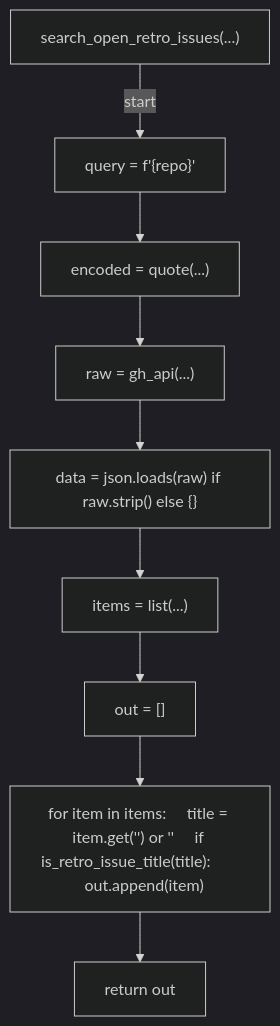
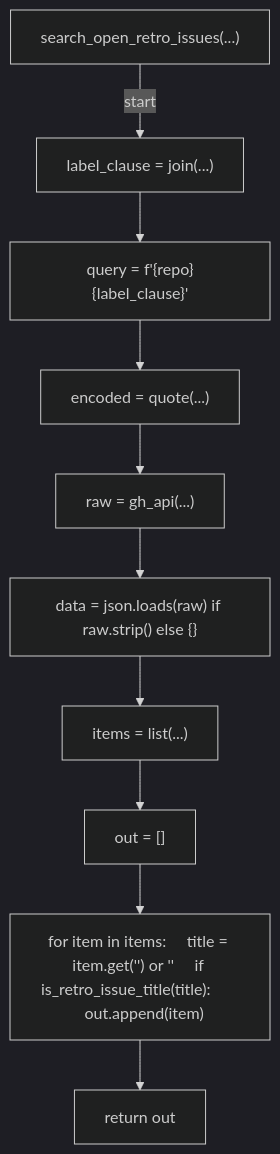
Diagram 26 of 55 in docs/generated/scripts/ast/auto_retro.md (tvna/claude-md), drawn with Mermaid (dark theme) before and after one commit. The commit also changed other lines of this file and 2 other files, not shown here.

First line of the commit message:
docs(generated): regenerate decision tree and workflow diagrams

````diff
--- a/docs/generated/scripts/ast/auto_retro.md
+++ b/docs/generated/scripts/ast/auto_retro.md
@@ -395,20 +453,22 @@
 ```mermaid
 flowchart TD
     N001["search_open_retro_issues(...)"]
-    N002["query = f'<str>{repo}<str>'"]
-    N003["encoded = quote(...)"]
-    N004["raw = gh_api(...)"]
-    N005["data = json.loads(raw) if raw.strip() else {}"]
-    N006["items = list(...)"]
-    N007["out = []"]
-    N008["for item in items:     title = item.get('<str>') or '<str>'     if is_retro_issue_title(title):         out.append(item)"]
-    N009["return out"]
+    N002["label_clause = join(...)"]
+    N003["query = f'<str>{repo}<str>{label_clause}'"]
+    N004["encoded = quote(...)"]
+    N005["raw = gh_api(...)"]
+    N006["data = json.loads(raw) if raw.strip() else {}"]
+    N007["items = list(...)"]
+    N008["out = []"]
+    N009["for item in items:     title = item.get('<str>') or '<str>'     if is_retro_issue_title(title):         out.append(item)"]
+    N010["return out"]
     N001 -->|"start"| N002
     N002 --> N003
     N003 --> N004
     N004 --> N005
     N005 --> N006
     N006 --> N007
     N007 --> N008
     N008 --> N009
+    N009 --> N010
 ```
````
